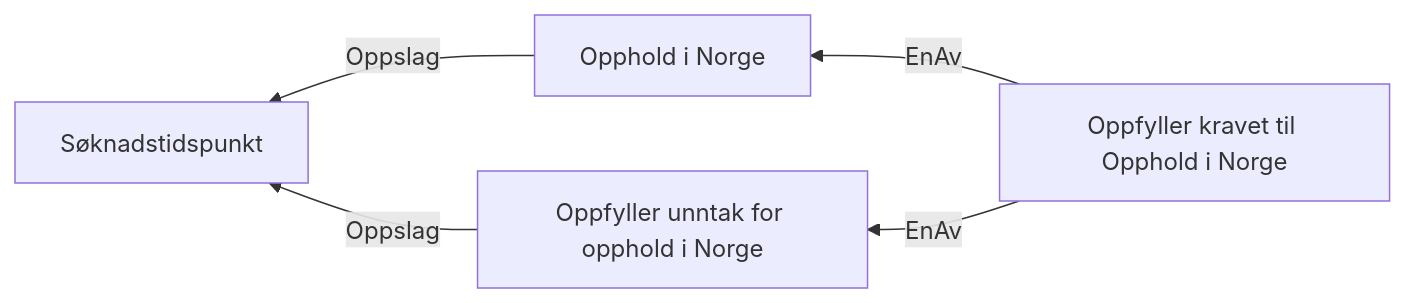
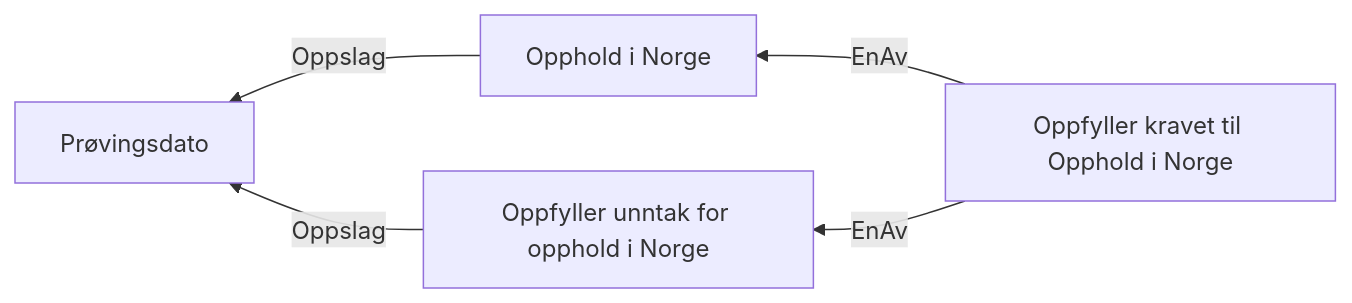
The diagram in docs/regler/§ 4-2. Opphold i Norge.approved.md (navikt/dp-vedtak), drawn with Mermaid before and after one commit. The commit also changed 41 other files, not shown here.

Commit message:
Bytt ut søknadstidspunkt med prøvingsdato i reglene

````diff
--- a/docs/regler/§ 4-2. Opphold i Norge.approved.md
+++ b/docs/regler/§ 4-2. Opphold i Norge.approved.md
@@ -5,7 +5,7 @@
 ```mermaid
 graph RL
-  A["Opphold i Norge"] -->|"Oppslag"| B["Søknadstidspunkt"]
-  C["Oppfyller unntak for opphold i Norge"] -->|"Oppslag"| B["Søknadstidspunkt"]
+  A["Opphold i Norge"] -->|"Oppslag"| B["Prøvingsdato"]
+  C["Oppfyller unntak for opphold i Norge"] -->|"Oppslag"| B["Prøvingsdato"]
   D["Oppfyller kravet til Opphold i Norge"] -->|"EnAv"| A["Opphold i Norge"]
   D["Oppfyller kravet til Opphold i Norge"] -->|"EnAv"| C["Oppfyller unntak for opphold i Norge"]
 ```
````
